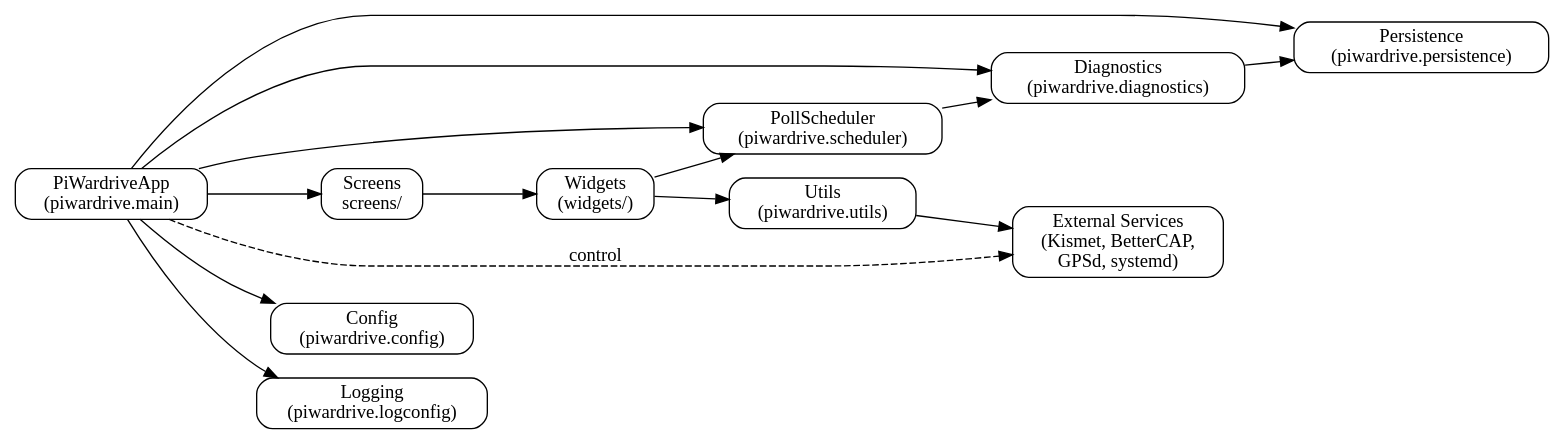
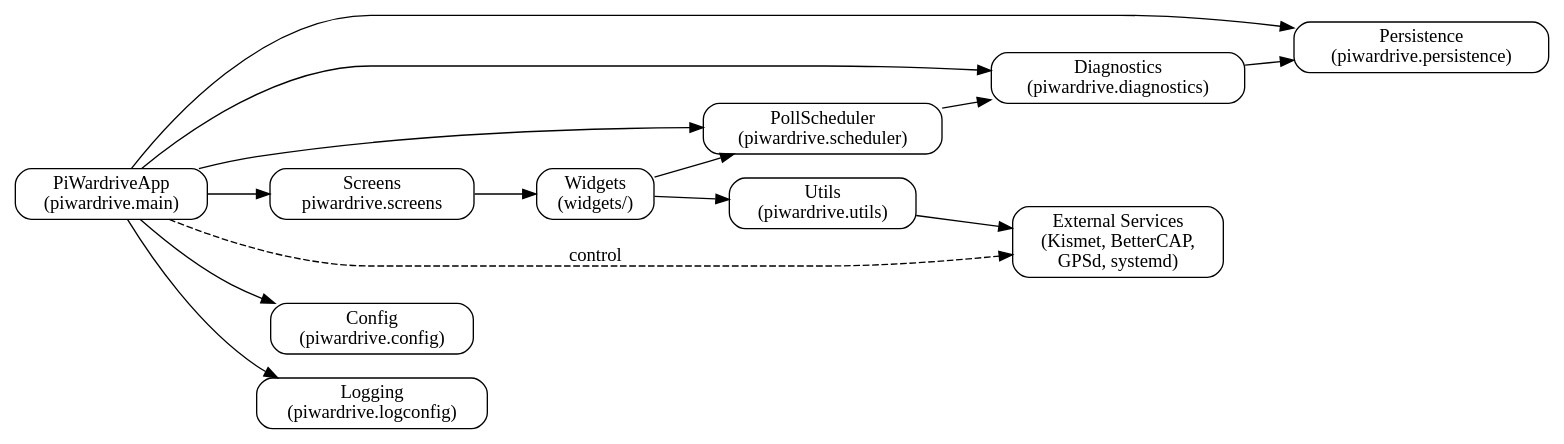
The diagram in docs/architecture.rst (Trashytalk/piwardrive), drawn with Graphviz before and after one commit. The commit also changed 51 other files, not shown here.

```diff
--- a/docs/architecture.rst
+++ b/docs/architecture.rst
@@ -10,31 +10,31 @@
 .. graphviz::
 
    digraph architecture {
        rankdir=LR;
        node [shape=box, style=rounded];
 
        App [label="PiWardriveApp\n(piwardrive.main)"];
        Scheduler [label="PollScheduler\n(piwardrive.scheduler)"];
        Diagnostics [label="Diagnostics\n(piwardrive.diagnostics)"];
        Persistence [label="Persistence\n(piwardrive.persistence)"];
        Config [label="Config\n(piwardrive.config)"];
        Widgets [label="Widgets\n(widgets/)"];
-       Screens [label="Screens\nscreens/"];
+       Screens [label="Screens\npiwardrive.screens"];
        Utils [label="Utils\n(piwardrive.utils)"];
        Logging [label="Logging\n(piwardrive.logconfig)"];
        External [label="External Services\n(Kismet, BetterCAP,\nGPSd, systemd)"];
 
        App -> Scheduler;
        App -> Diagnostics;
        App -> Config;
        App -> Persistence;
        App -> Screens;
        Screens -> Widgets;
        Widgets -> Scheduler;
        Widgets -> Utils;
        Diagnostics -> Persistence;
        Scheduler -> Diagnostics;
        Utils -> External;
        App -> Logging;
    App -> External [style=dashed, label="control"];
    }
```
